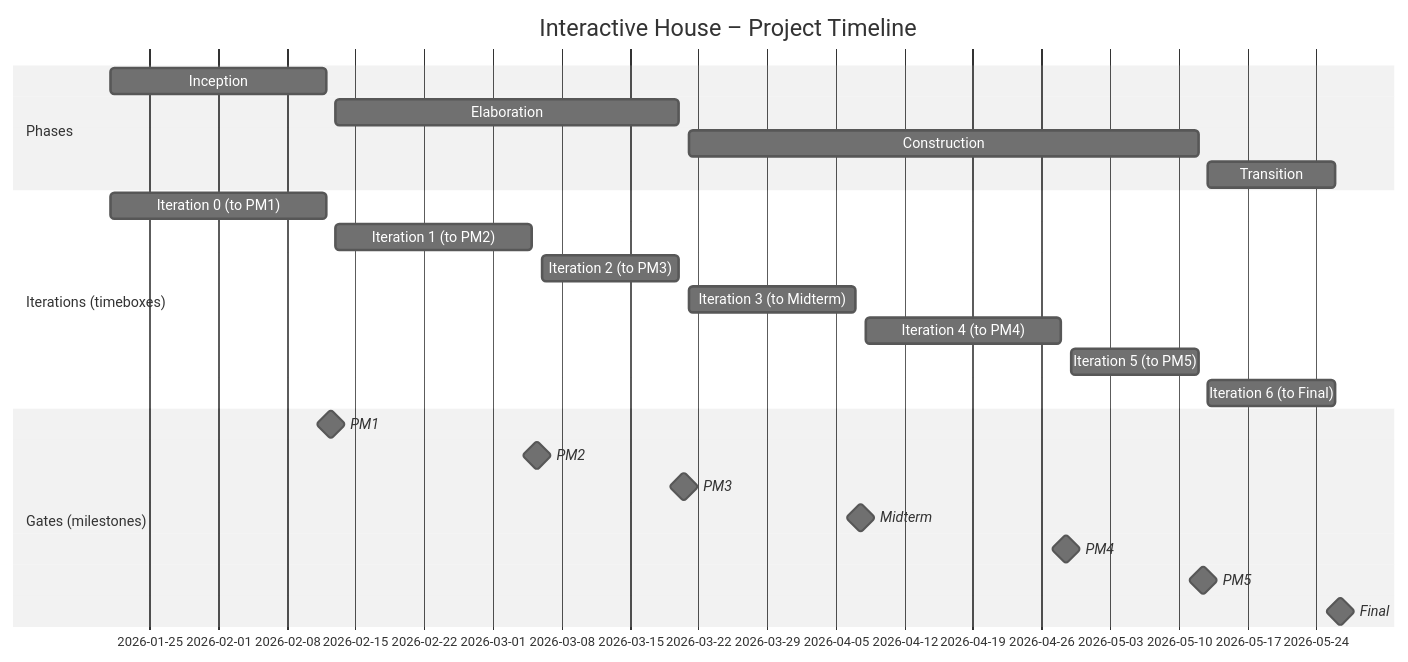
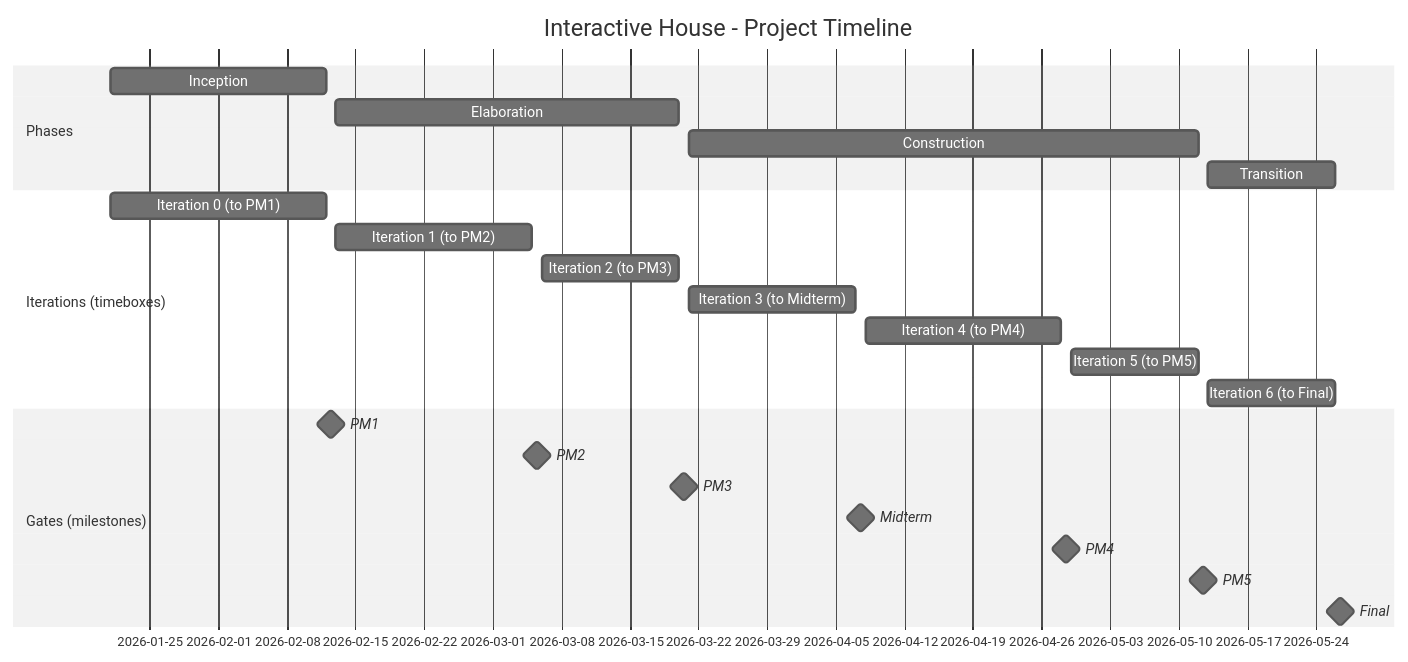
One commit to interactive-house-hkr/interactive-house changed the diagram in README.md. Above: the diagram before and after it, drawn with Mermaid (neutral theme). The commit also changed other lines of this file and 1 other file, not shown here.

````diff
--- a/README.md
+++ b/README.md
@@ -30,29 +36,29 @@
 ```mermaid
 gantt
-title Interactive House – Project Timeline
+title Interactive House - Project Timeline
 dateFormat  YYYY-MM-DD
 
 section Phases
 Inception        :2026-01-21, 2026-02-12
 Elaboration      :2026-02-13, 2026-03-20
 Construction     :2026-03-21, 2026-05-12
 Transition       :2026-05-13, 2026-05-26
 
 section Iterations (timeboxes)
 Iteration 0 (to PM1)        :2026-01-21, 2026-02-12
 Iteration 1 (to PM2)        :2026-02-13, 2026-03-05
 Iteration 2 (to PM3)        :2026-03-06, 2026-03-20
 Iteration 3 (to Midterm)    :2026-03-21, 2026-04-07
 Iteration 4 (to PM4)        :2026-04-08, 2026-04-28
 Iteration 5 (to PM5)        :2026-04-29, 2026-05-12
 Iteration 6 (to Final)      :2026-05-13, 2026-05-26
 
 section Gates (milestones)
 PM1                :milestone, 2026-02-12, 1d
 PM2                :milestone, 2026-03-05, 1d
 PM3                :milestone, 2026-03-20, 1d
 Midterm            :milestone, 2026-04-07, 1d
 PM4                :milestone, 2026-04-28, 1d
 PM5                :milestone, 2026-05-12, 1d
 Final              :milestone, 2026-05-26, 1d
 ```
````
